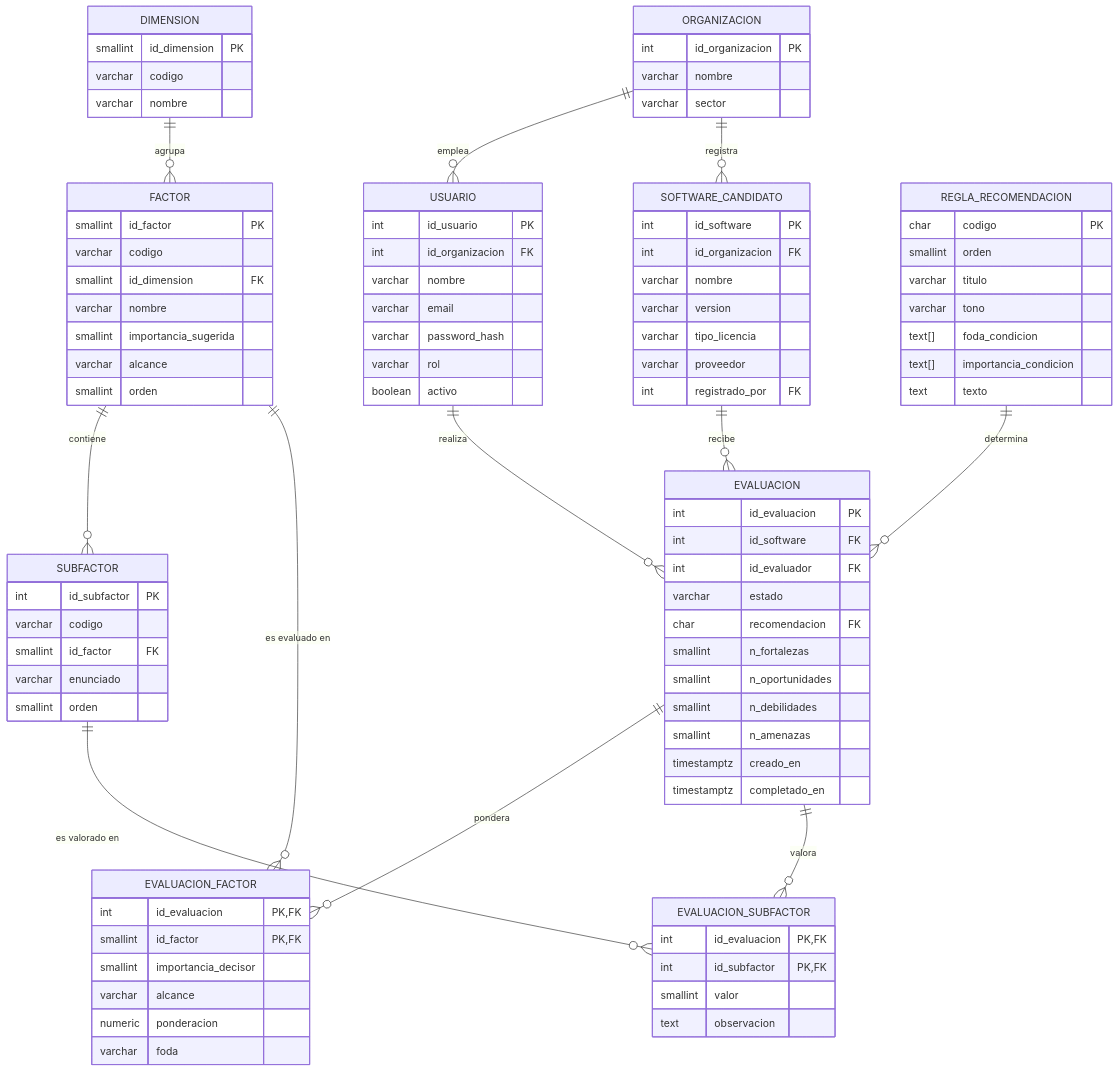
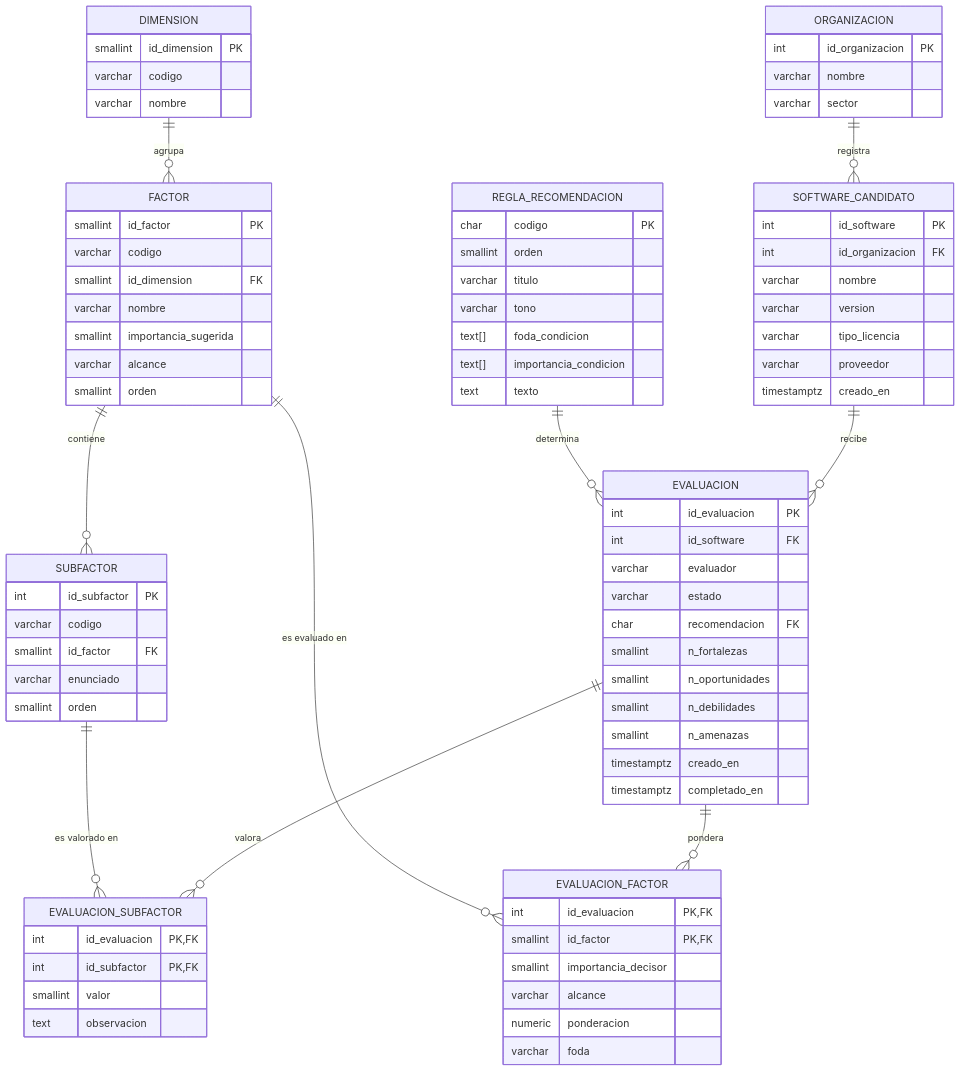
One commit to FredBrave/Procesos-Tesis-Sistema-CP changed the diagram in docs/SPRINT-0.md. Above: the diagram before and after it, drawn with Mermaid. The commit also changed other lines of this file and 6 other files, not shown here.

````diff
--- a/docs/SPRINT-0.md
+++ b/docs/SPRINT-0.md
@@ -144,25 +144,22 @@
 ```mermaid
 erDiagram
     DIMENSION ||--o{ FACTOR : agrupa
     FACTOR ||--o{ SUBFACTOR : contiene
-    ORGANIZACION ||--o{ USUARIO : emplea
     ORGANIZACION ||--o{ SOFTWARE_CANDIDATO : registra
-    USUARIO ||--o{ EVALUACION : realiza
     SOFTWARE_CANDIDATO ||--o{ EVALUACION : recibe
     EVALUACION ||--o{ EVALUACION_FACTOR : pondera
     EVALUACION ||--o{ EVALUACION_SUBFACTOR : valora
     FACTOR ||--o{ EVALUACION_FACTOR : "es evaluado en"
     SUBFACTOR ||--o{ EVALUACION_SUBFACTOR : "es valorado en"
     REGLA_RECOMENDACION ||--o{ EVALUACION : determina
 
     DIMENSION { smallint id_dimension PK  varchar codigo  varchar nombre }
     FACTOR { smallint id_factor PK  varchar codigo  smallint id_dimension FK  varchar nombre  smallint importancia_sugerida  varchar alcance  smallint orden }
     SUBFACTOR { int id_subfactor PK  varchar codigo  smallint id_factor FK  varchar enunciado  smallint orden }
     ORGANIZACION { int id_organizacion PK  varchar nombre  varchar sector }
-    USUARIO { int id_usuario PK  int id_organizacion FK  varchar nombre  varchar email  varchar password_hash  varchar rol  boolean activo }
-    SOFTWARE_CANDIDATO { int id_software PK  int id_organizacion FK  varchar nombre  varchar version  varchar tipo_licencia  varchar proveedor  int registrado_por FK }
-    EVALUACION { int id_evaluacion PK  int id_software FK  int id_evaluador FK  varchar estado  char recomendacion FK  smallint n_fortalezas  smallint n_oportunidades  smallint n_debilidades  smallint n_amenazas  timestamptz creado_en  timestamptz completado_en }
+    SOFTWARE_CANDIDATO { int id_software PK  int id_organizacion FK  varchar nombre  varchar version  varchar tipo_licencia  varchar proveedor  timestamptz creado_en }
+    EVALUACION { int id_evaluacion PK  int id_software FK  varchar evaluador  varchar estado  char recomendacion FK  smallint n_fortalezas  smallint n_oportunidades  smallint n_debilidades  smallint n_amenazas  timestamptz creado_en  timestamptz completado_en }
     EVALUACION_FACTOR { int id_evaluacion PK,FK  smallint id_factor PK,FK  smallint importancia_decisor  varchar alcance  numeric ponderacion  varchar foda }
     EVALUACION_SUBFACTOR { int id_evaluacion PK,FK  int id_subfactor PK,FK  smallint valor  text observacion }
     REGLA_RECOMENDACION { char codigo PK  smallint orden  varchar titulo  varchar tono  text[] foda_condicion  text[] importancia_condicion  text texto }
 ```
````
